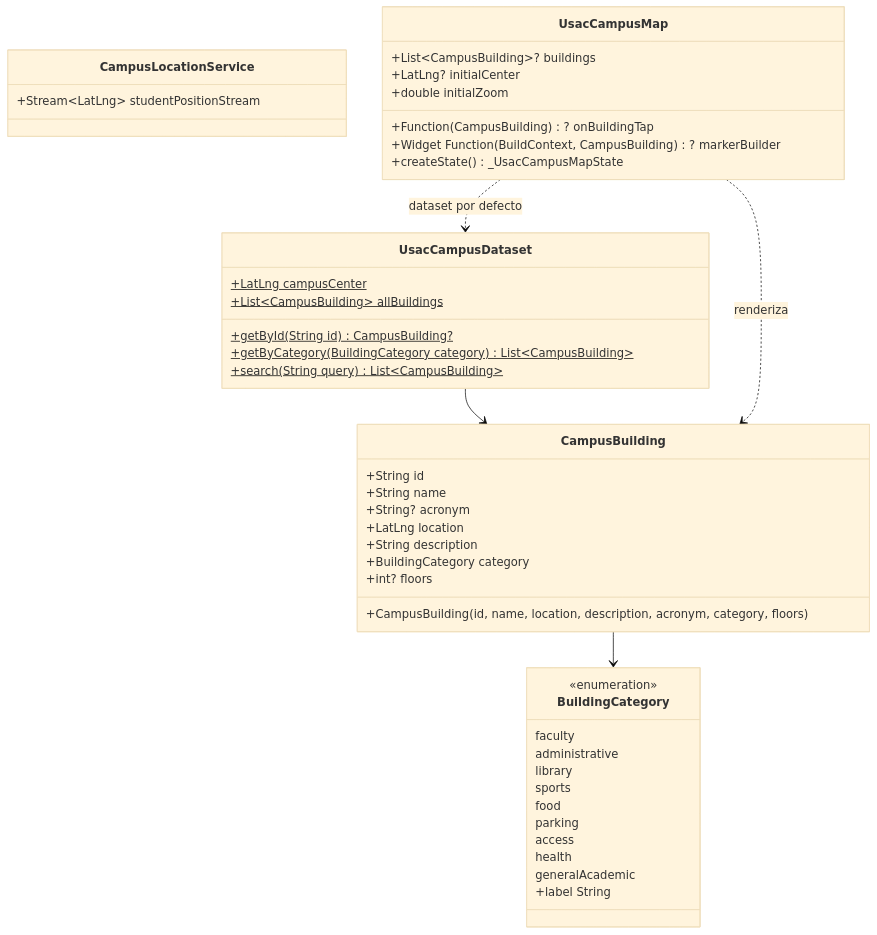
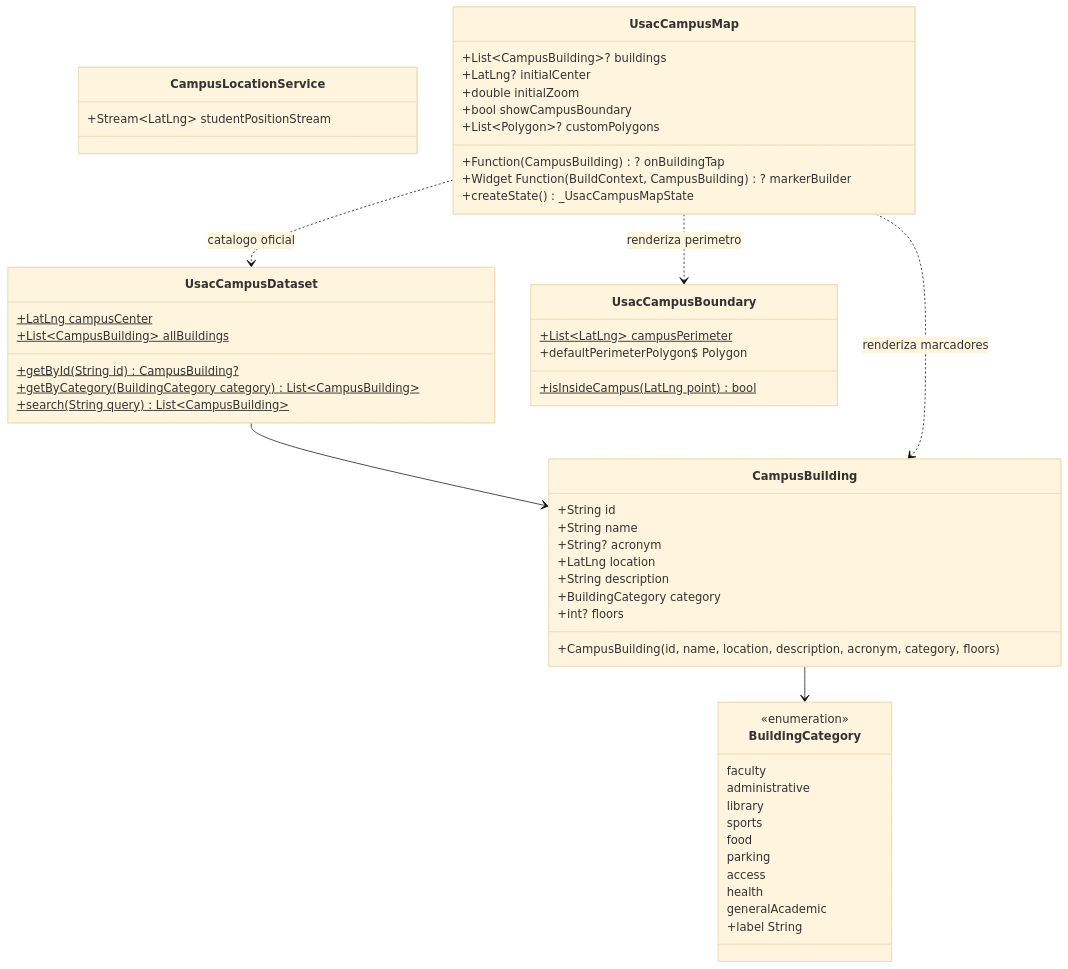
The second of 2 diagrams in README.md (Trebol4Devop/usac_campus_map), drawn with Mermaid (base theme) before and after one commit. The commit also changed other lines of this file and 4 other files, not shown here.

Commit message:
feat(boundary): implement campus boundary polygon and containment verification

````diff
--- a/README.md
+++ b/README.md
@@ -52,53 +131,62 @@
 ```mermaid
 classDiagram
     class BuildingCategory {
         <<enumeration>>
         faculty
         administrative
         library
         sports
         food
         parking
         access
         health
         generalAcademic
         +label String
     }
 
     class CampusBuilding {
         +String id
         +String name
         +String? acronym
         +LatLng location
         +String description
         +BuildingCategory category
         +int? floors
         +CampusBuilding(id, name, location, description, acronym, category, floors)
     }
 
     class UsacCampusDataset {
         +LatLng campusCenter$
         +List~CampusBuilding~ allBuildings$
         +getById(String id)$ CampusBuilding?
         +getByCategory(BuildingCategory category)$ List~CampusBuilding~
         +search(String query)$ List~CampusBuilding~
     }
 
+    class UsacCampusBoundary {
+        +List~LatLng~ campusPerimeter$
+        +isInsideCampus(LatLng point)$ bool
+        +defaultPerimeterPolygon$ Polygon
+    }
+
     class CampusLocationService {
         +Stream~LatLng~ studentPositionStream
     }
 
     class UsacCampusMap {
         +List~CampusBuilding~? buildings
         +Function(CampusBuilding)? onBuildingTap
         +Widget Function(BuildContext, CampusBuilding)? markerBuilder
         +LatLng? initialCenter
         +double initialZoom
+        +bool showCampusBoundary
+        +List~Polygon~? customPolygons
         +createState() _UsacCampusMapState
     }
 
     CampusBuilding --> BuildingCategory
     UsacCampusDataset --> CampusBuilding
-    UsacCampusMap ..> CampusBuilding : renderiza
-    UsacCampusMap ..> UsacCampusDataset : dataset por defecto
+    UsacCampusMap ..> UsacCampusBoundary : renderiza perimetro
+    UsacCampusMap ..> CampusBuilding : renderiza marcadores
+    UsacCampusMap ..> UsacCampusDataset : catalogo oficial
 ```
````
